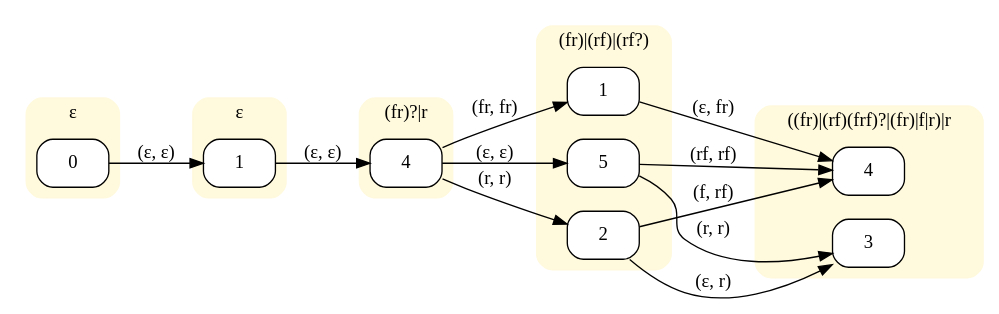
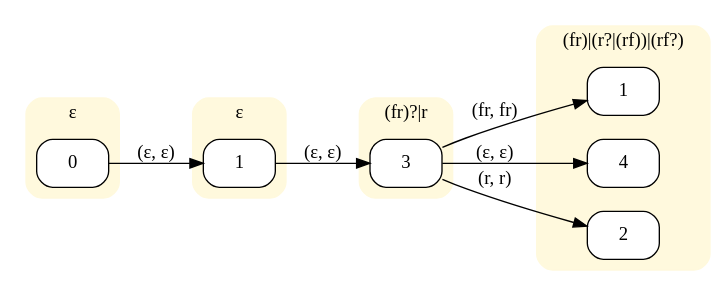
One commit to Stefano-BS/Explanatory-Diagnosis changed the diagram in input/e_MON.dot. Above: the diagram before and after it, drawn with Graphviz. The commit also changed 12 other files, not shown here.

```diff
--- a/input/e_MON.dot
+++ b/input/e_MON.dot
@@ -1,42 +1,31 @@
 digraph "MONinput/e" {
 rankdir=LR
 node [style=filled fillcolor=white]
 subgraph cluster0 {
 style="rounded,filled" color="#FFF9DD" node [style="rounded,filled" shape=box fillcolor="#FFFFFF"]
 label="ε"
 M0S0 [label=0];
 }
 subgraph cluster1 {
 style="rounded,filled" color="#FFF9DD" node [style="rounded,filled" shape=box fillcolor="#FFFFFF"]
 label="ε"
 M1S1 [label=1];
 }
 subgraph cluster2 {
 style="rounded,filled" color="#FFF9DD" node [style="rounded,filled" shape=box fillcolor="#FFFFFF"]
 label="(fr)?|r"
-M2S4 [label=4];
+M2S3 [label=3];
 }
 subgraph cluster3 {
 style="rounded,filled" color="#FFF9DD" node [style="rounded,filled" shape=box fillcolor="#FFFFFF"]
-label="(fr)|(rf)|(rf?)"
+label="(fr)|(r?|(rf))|(rf?)"
 M3S1 [label=1];
-M3S5 [label=5];
+M3S4 [label=4];
 M3S2 [label=2];
 }
-subgraph cluster4 {
-style="rounded,filled" color="#FFF9DD" node [style="rounded,filled" shape=box fillcolor="#FFFFFF"]
-label="((fr)|(rf)(frf)?|(fr)|f|r)|r"
-M4S4 [label=4];
-M4S3 [label=3];
+M0S0 -> M1S1 [label="(ε, ε)"]
+M1S1 -> M2S3 [label="(ε, ε)"]
+M2S3 -> M3S1 [label="(fr, fr)"]
+M2S3 -> M3S4 [label="(ε, ε)"]
+M2S3 -> M3S2 [label="(r, r)"]
 }
-M0S0 -> M1S1 [label="(ε, ε)"]
-M1S1 -> M2S4 [label="(ε, ε)"]
-M2S4 -> M3S1 [label="(fr, fr)"]
-M2S4 -> M3S5 [label="(ε, ε)"]
-M2S4 -> M3S2 [label="(r, r)"]
-M3S1 -> M4S4 [label="(ε, fr)"]
-M3S5 -> M4S4 [label="(rf, rf)"]
-M3S5 -> M4S3 [label="(r, r)"]
-M3S2 -> M4S4 [label="(f, rf)"]
-M3S2 -> M4S3 [label="(ε, r)"]
-}
```
